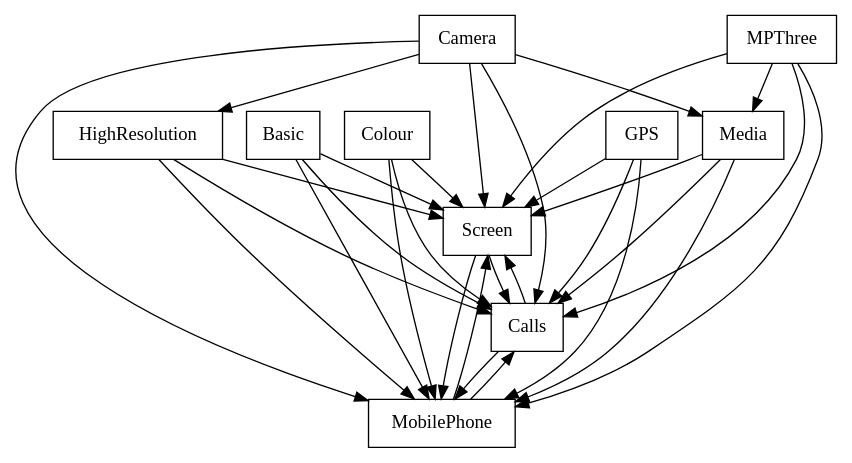
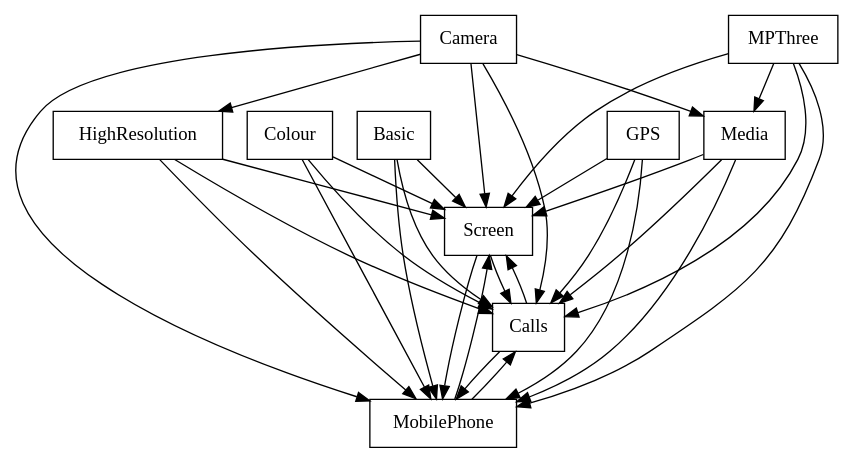
One commit to FAMILIAR-project/familiar-language changed the diagram in FAMILIAR/output/SPLOT-big/fm_129_model_20120110_855603964.xml.dot. Above: the diagram before and after it, drawn with Graphviz. The commit also changed 203 other files, not shown here.

```diff
--- a/FAMILIAR/output/SPLOT-big/fm_129_model_20120110_855603964.xml.dot
+++ b/FAMILIAR/output/SPLOT-big/fm_129_model_20120110_855603964.xml.dot
@@ -1,45 +1,45 @@
 digraph{
 graph [rankdir=TB];
 node [shape=box];
 edge [arrowhead=normal];
-0[label="Basic",]
-1[label="Screen",]
-2[label="Colour",]
+0[label="Colour",]
+1[label="Basic",]
+2[label="Screen",]
 3[label="Media",]
 4[label="Camera",]
 5[label="MPThree",]
 6[label="Calls",]
 7[label="GPS",]
 8[label="MobilePhone",]
 9[label="HighResolution",]
-0->1[label="",]
+0->2[label="",]
 0->6[label="",]
 0->8[label="",]
+1->2[label="",]
 1->6[label="",]
 1->8[label="",]
-2->1[label="",]
 2->6[label="",]
 2->8[label="",]
-3->1[label="",]
+3->2[label="",]
 3->6[label="",]
 3->8[label="",]
-4->1[label="",]
+4->2[label="",]
 4->3[label="",]
 4->6[label="",]
 4->8[label="",]
 4->9[label="",]
-5->1[label="",]
+5->2[label="",]
 5->3[label="",]
 5->6[label="",]
 5->8[label="",]
-6->1[label="",]
+6->2[label="",]
 6->8[label="",]
-7->1[label="",]
+7->2[label="",]
 7->6[label="",]
 7->8[label="",]
-8->1[label="",]
+8->2[label="",]
 8->6[label="",]
-9->1[label="",]
+9->2[label="",]
 9->6[label="",]
 9->8[label="",]
 }
```
